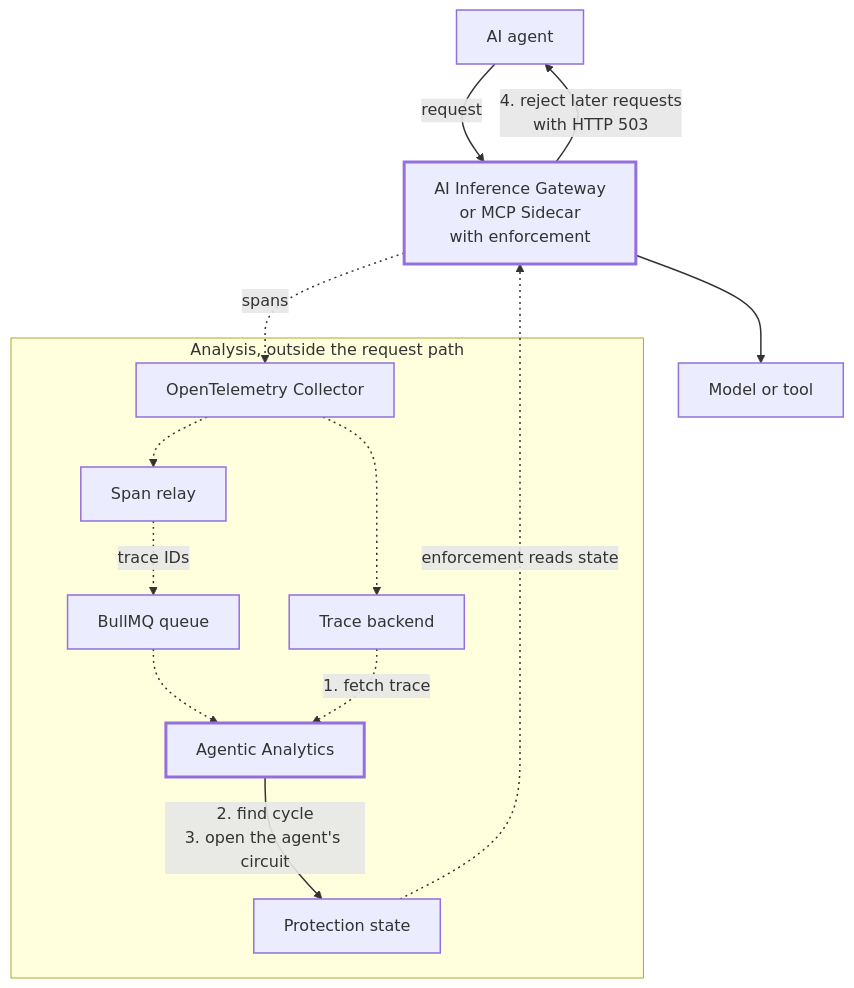
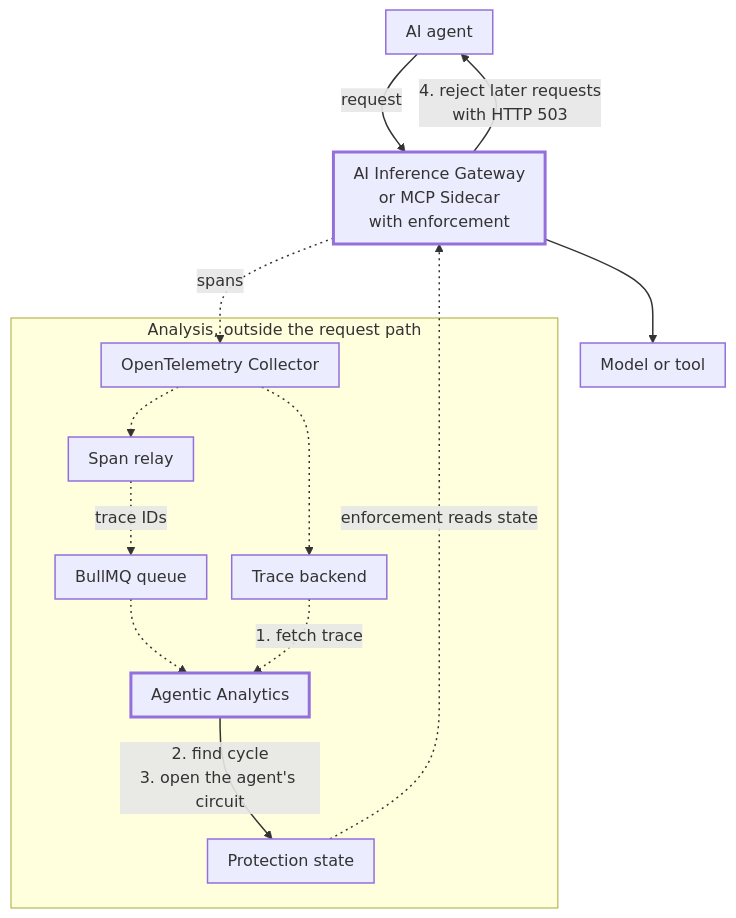
The diagram in content/consul/v2.1.x/diagram-sources/cycle-detection-workflow.mmd (hashicorp/web-unified-docs), drawn with Mermaid before and after one commit. The commit also changed 32 other files, not shown here.

First line of the commit message:
Fit the architecture diagrams to the content column

```diff
--- a/content/consul/v2.1.x/diagram-sources/cycle-detection-workflow.mmd
+++ b/content/consul/v2.1.x/diagram-sources/cycle-detection-workflow.mmd
@@ -1,31 +1,32 @@
+%%{init: {"flowchart":{"nodeSpacing":25,"padding":10}}}%%
 flowchart TB
   agent["AI agent"]
   proxy["AI Inference Gateway<br/>or MCP Sidecar<br/>with enforcement"]
   upstream["Model or tool"]
   subgraph analysis["Analysis, outside the request path"]
     otel["OpenTelemetry Collector"]
     backend["Trace backend"]
     relay["Span relay"]
     queue["BullMQ queue"]
     analytics["Agentic Analytics"]
     state["Protection state"]
   end
 
   agent -->|request| proxy
   proxy --> upstream
   proxy -.->|spans| otel
   otel -.-> backend
   otel -.-> relay
   relay -.->|trace IDs| queue
   queue -.-> analytics
   backend -.->|1. fetch trace| analytics
   analytics -->|2. find cycle<br/>3. open the agent's circuit| state
   state -.->|enforcement reads state| proxy
   proxy -->|4. reject later requests<br/>with HTTP 503| agent
 
   classDef default fill:$node,stroke:$node_border,stroke-width:1.5px,color:$text
   classDef arfc fill:$node,stroke:$accent_border,stroke-width:3px,color:$text
   class proxy,analytics arfc
   style analysis fill:$cluster,stroke:$cluster_border,stroke-width:1px,color:$text
   linkStyle 0,1,8,10 stroke:$line,stroke-width:1.5px
   linkStyle 2,3,4,5,6,7,9 stroke:$line,stroke-width:1.5px,stroke-dasharray:2 4
```
